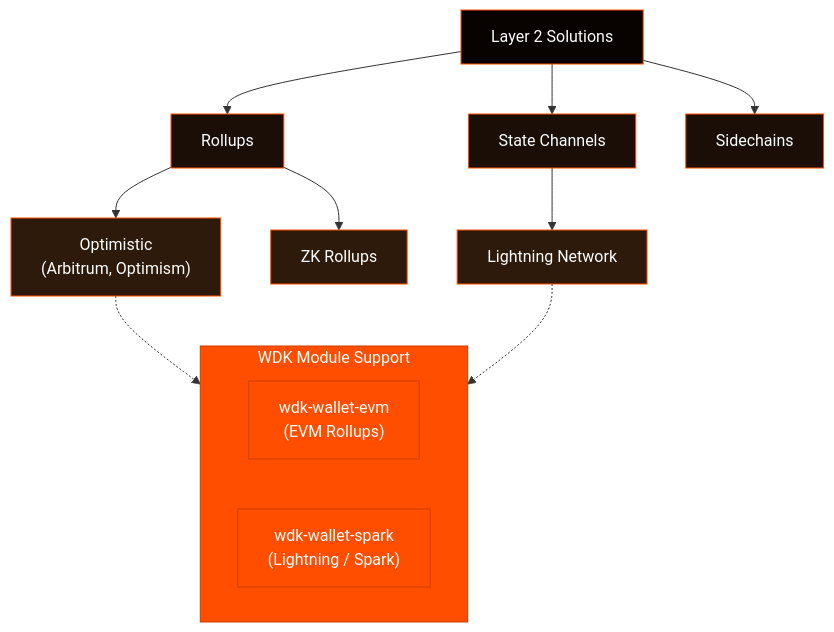
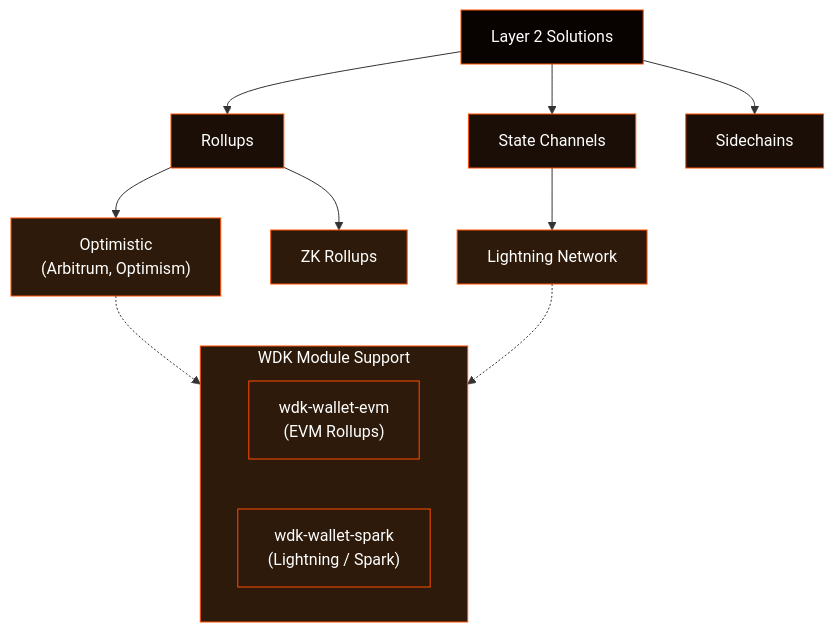
Before and after one commit to gatteo/wdk-docs: the third of 5 diagrams in resources/concepts.md, drawn with Mermaid. The commit also changed other lines of this file and 16 other files, not shown here.

Commit message:
docs: replace all primary orange backgrounds with dark tones in diagrams

````diff
--- a/resources/concepts.md
+++ b/resources/concepts.md
@@ -127,31 +127,31 @@
 ```mermaid
 graph TD
     L2["Layer 2 Solutions"] --> Rollups["Rollups"]
     L2 --> SC["State Channels"]
     L2 --> Side["Sidechains"]
 
     Rollups --> Opt["Optimistic\n(Arbitrum, Optimism)"]
     Rollups --> ZK["ZK Rollups"]
 
     SC --> LN["Lightning Network"]
 
     subgraph WDK["WDK Module Support"]
         direction LR
         WDK_EVM["wdk-wallet-evm\n(EVM Rollups)"]
         WDK_SPARK["wdk-wallet-spark\n(Lightning / Spark)"]
     end
 
     Opt -.-> WDK_EVM
     LN -.-> WDK_SPARK
 
     style L2 fill:#080201,stroke:#FF4E00,color:#fff
     style Rollups fill:#1a0e06,stroke:#FF4E00,color:#fff
     style SC fill:#1a0e06,stroke:#FF4E00,color:#fff
     style Side fill:#1a0e06,stroke:#FF4E00,color:#fff
     style Opt fill:#2d1a0a,stroke:#FF4E00,color:#fff
     style ZK fill:#2d1a0a,stroke:#FF4E00,color:#fff
     style LN fill:#2d1a0a,stroke:#FF4E00,color:#fff
-    style WDK fill:#FF4E00,stroke:#cc3e00,color:#fff
-    style WDK_EVM fill:#FF4E00,stroke:#cc3e00,color:#fff
-    style WDK_SPARK fill:#FF4E00,stroke:#cc3e00,color:#fff
+    style WDK fill:#2d1a0a,stroke:#FF4E00,color:#fff
+    style WDK_EVM fill:#2d1a0a,stroke:#FF4E00,color:#fff
+    style WDK_SPARK fill:#2d1a0a,stroke:#FF4E00,color:#fff
 ```
````
